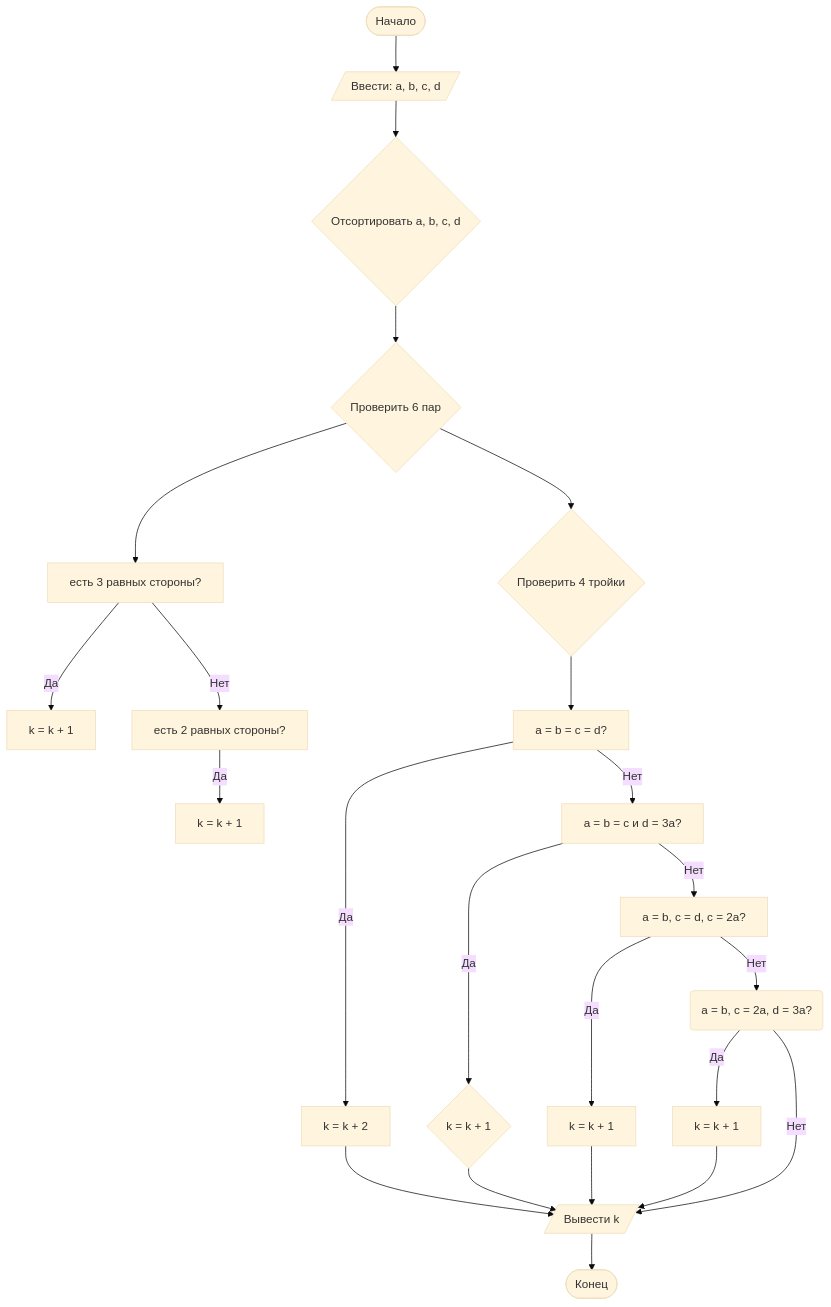
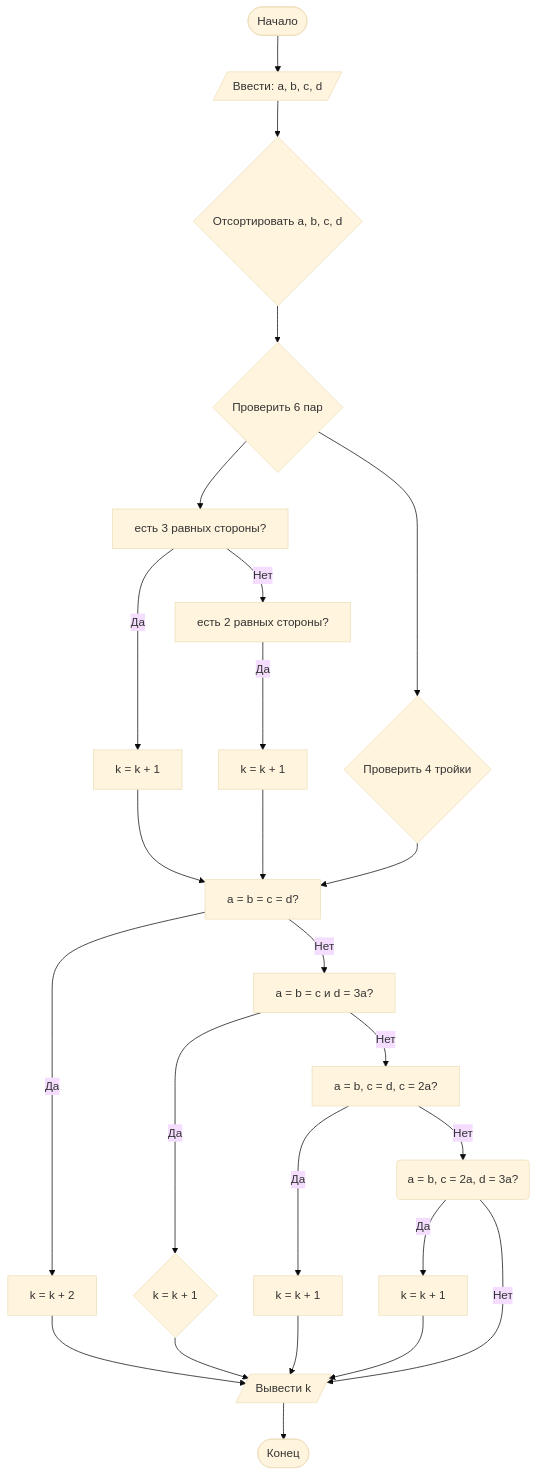
The diagram in Lab1/description.md (andreyka239/Lab1), drawn with Mermaid (base theme) before and after one commit.

````diff
--- a/Lab1/description.md
+++ b/Lab1/description.md
@@ -139,25 +139,27 @@
 ```mermaid
 graph TD
         A([Начало]) --> B[/Ввести: a, b, c, d/]
         B --> C{Отсортировать a, b, c, d}
         C --> D{Проверить 6 пар}
         D --> Y[есть 3 равных стороны?]
         Y -- Да --> P[k = k + 1]
         Y -- Нет --> Q[есть 2 равных стороны?]
         Q -- Да --> V[k = k + 1]
         D --> E{Проверить 4 тройки}
         E --> F[a = b = c = d?]
         F -- Да --> G[k = k + 2]
         F -- Нет --> H[a = b = c и d = 3a?]
         H -- Да --> I{k = k + 1}
         H -- Нет --> J[a = b, c = d, c = 2a?]
         J -- Да --> K[k = k + 1]
         J -- Нет --> L(a = b, c = 2a, d = 3a?)
         L -- Да --> M[k = k + 1]
         L -- Нет --> N[/Вывести k/]
+        P --> F
+        V --> F
         G --> N
         I --> N
         K --> N
         M --> N
         N --> O([Конец])
 ```
````
